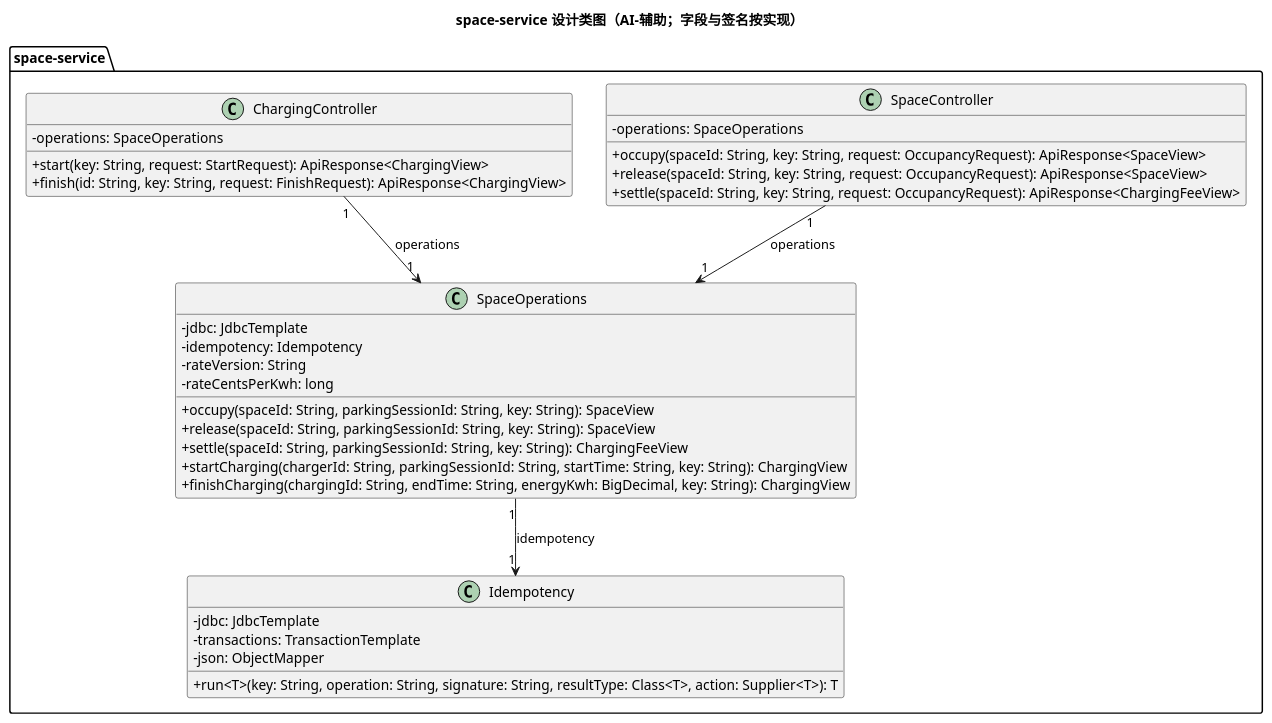
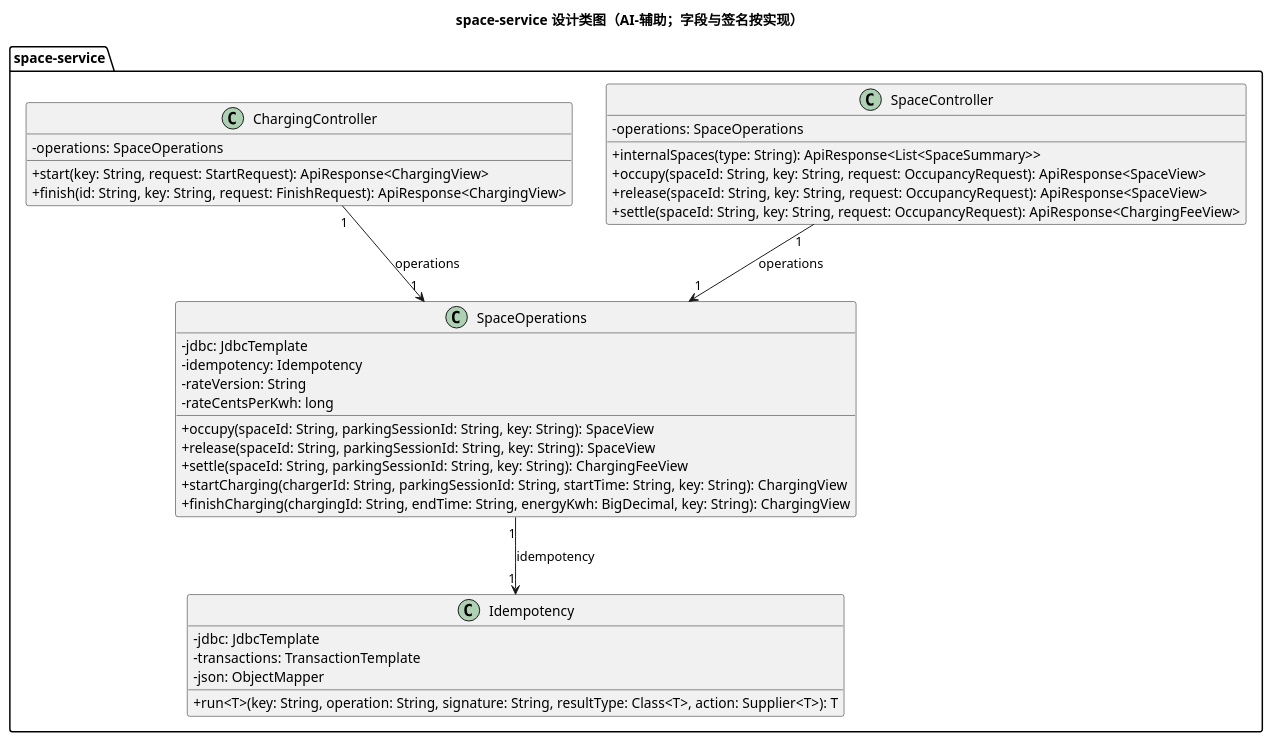
One commit to Gindama713/UMLWORK changed the third of 5 diagrams in models/15-design-classes.puml. Above: the diagram before and after it, drawn with PlantUML. The commit also changed 14 other files, not shown here.

Commit message:
Use internal space lookup for reservations

```diff
--- a/models/15-design-classes.puml
+++ b/models/15-design-classes.puml
@@ -115,37 +115,38 @@
 @startuml
 title space-service 设计类图（AI-辅助；字段与签名按实现）
 skinparam classAttributeIconSize 0
 package "space-service" {
   class SpaceController {
     -operations: SpaceOperations
+    +internalSpaces(type: String): ApiResponse<List<SpaceSummary>>
     +occupy(spaceId: String, key: String, request: OccupancyRequest): ApiResponse<SpaceView>
     +release(spaceId: String, key: String, request: OccupancyRequest): ApiResponse<SpaceView>
     +settle(spaceId: String, key: String, request: OccupancyRequest): ApiResponse<ChargingFeeView>
   }
   class ChargingController {
     -operations: SpaceOperations
     +start(key: String, request: StartRequest): ApiResponse<ChargingView>
     +finish(id: String, key: String, request: FinishRequest): ApiResponse<ChargingView>
   }
   class SpaceOperations {
     -jdbc: JdbcTemplate
     -idempotency: Idempotency
     -rateVersion: String
     -rateCentsPerKwh: long
     +occupy(spaceId: String, parkingSessionId: String, key: String): SpaceView
     +release(spaceId: String, parkingSessionId: String, key: String): SpaceView
     +settle(spaceId: String, parkingSessionId: String, key: String): ChargingFeeView
     +startCharging(chargerId: String, parkingSessionId: String, startTime: String, key: String): ChargingView
     +finishCharging(chargingId: String, endTime: String, energyKwh: BigDecimal, key: String): ChargingView
   }
   class Idempotency {
     -jdbc: JdbcTemplate
     -transactions: TransactionTemplate
     -json: ObjectMapper
     +run<T>(key: String, operation: String, signature: String, resultType: Class<T>, action: Supplier<T>): T
   }
   SpaceController "1" --> "1" SpaceOperations : operations
   ChargingController "1" --> "1" SpaceOperations : operations
   SpaceOperations "1" --> "1" Idempotency : idempotency
 }
 @enduml
```
